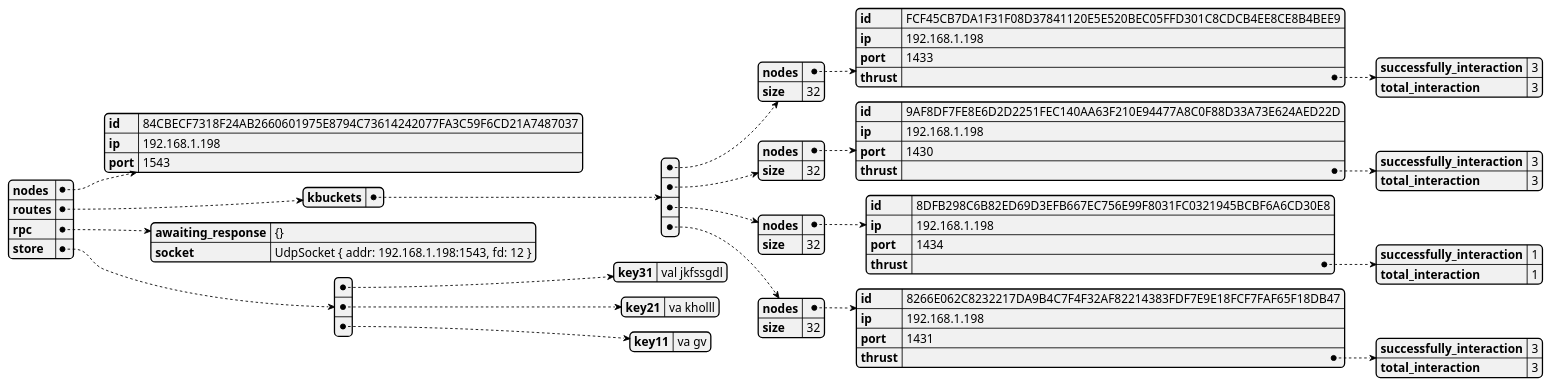
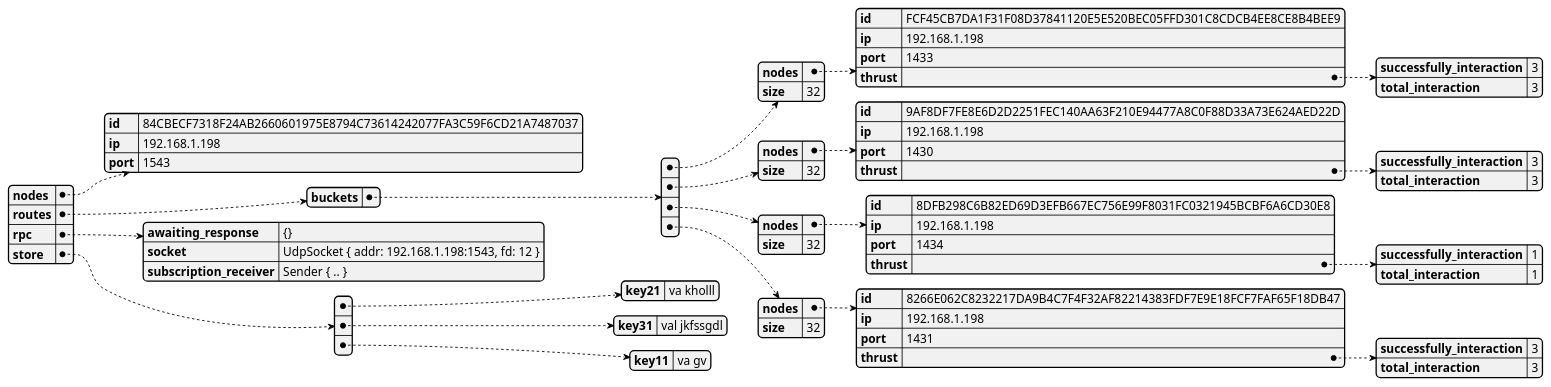
Before and after one commit to GoliathHagar/distributed_legder_kademlia: the diagram in src/distributed_legder/state_dumps/test-bootstrap-1.json.plantuml, drawn with PlantUML. The commit also changed 27 other files, not shown here.

```diff
--- a/src/distributed_legder/state_dumps/test-bootstrap-1.json.plantuml
+++ b/src/distributed_legder/state_dumps/test-bootstrap-1.json.plantuml
@@ -1,3 +1,3 @@
 @startjson
-{"nodes":{"id":"84CBECF7318F24AB2660601975E8794C73614242077FA3C59F6CD21A7487037","ip":"192.168.1.198","port":1543},"routes":{"kbuckets":[{"nodes":{"id":"FCF45CB7DA1F31F08D37841120E5E520BEC05FFD301C8CDCB4EE8CE8B4BEE9","ip":"192.168.1.198","port":1433,"thrust":{"successfully_interaction":3,"total_interaction":3}},"size":32},{"nodes":{"id":"9AF8DF7FE8E6D2D2251FEC140AA63F210E94477A8C0F88D33A73E624AED22D","ip":"192.168.1.198","port":1430,"thrust":{"successfully_interaction":3,"total_interaction":3}},"size":32},{"nodes":{"id":"8DFB298C6B82ED69D3EFB667EC756E99F8031FC0321945BCBF6A6CD30E8","ip":"192.168.1.198","port":1434,"thrust":{"successfully_interaction":1,"total_interaction":1}},"size":32},{"nodes":{"id":"8266E062C8232217DA9B4C7F4F32AF82214383FDF7E9E18FCF7FAF65F18DB47","ip":"192.168.1.198","port":1431,"thrust":{"successfully_interaction":3,"total_interaction":3}},"size":32}]},"rpc":{"awaiting_response":"{}","socket":"UdpSocket { addr: 192.168.1.198:1543, fd: 12 }"},"store":[{"key31":"val jkfssgdl"},{"key21":"va kholll"},{"key11":"va gv"}]}
+{"nodes":{"id":"84CBECF7318F24AB2660601975E8794C73614242077FA3C59F6CD21A7487037","ip":"192.168.1.198","port":1543},"routes":{"buckets":[{"nodes":{"id":"FCF45CB7DA1F31F08D37841120E5E520BEC05FFD301C8CDCB4EE8CE8B4BEE9","ip":"192.168.1.198","port":1433,"thrust":{"successfully_interaction":3,"total_interaction":3}},"size":32},{"nodes":{"id":"9AF8DF7FE8E6D2D2251FEC140AA63F210E94477A8C0F88D33A73E624AED22D","ip":"192.168.1.198","port":1430,"thrust":{"successfully_interaction":3,"total_interaction":3}},"size":32},{"nodes":{"id":"8DFB298C6B82ED69D3EFB667EC756E99F8031FC0321945BCBF6A6CD30E8","ip":"192.168.1.198","port":1434,"thrust":{"successfully_interaction":1,"total_interaction":1}},"size":32},{"nodes":{"id":"8266E062C8232217DA9B4C7F4F32AF82214383FDF7E9E18FCF7FAF65F18DB47","ip":"192.168.1.198","port":1431,"thrust":{"successfully_interaction":3,"total_interaction":3}},"size":32}]},"rpc":{"awaiting_response":"{}","socket":"UdpSocket { addr: 192.168.1.198:1543, fd: 12 }","subscription_receiver":"Sender { .. }"},"store":[{"key21":"va kholll"},{"key31":"val jkfssgdl"},{"key11":"va gv"}]}
 @endjson
```
